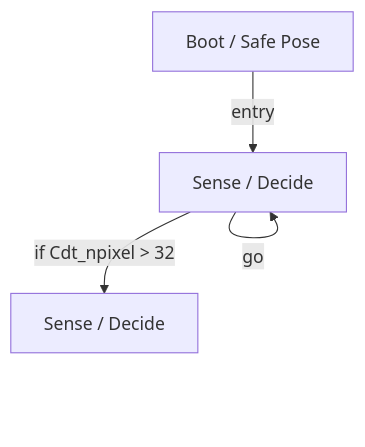
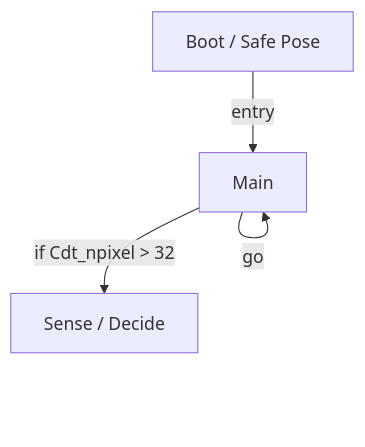
Before and after one commit to cartheur-aibo/aibo-lab: the diagram in src/R-CODE/generated/BallQuit.behavior.md, drawn with Mermaid. The commit also changed other lines of this file and 143 other files, not shown here.

````diff
--- a/src/R-CODE/generated/BallQuit.behavior.md
+++ b/src/R-CODE/generated/BallQuit.behavior.md
@@ -39,9 +40,9 @@
 ```mermaid
 flowchart TD
     S_INIT["Boot / Safe Pose"]
-    S_100["Sense / Decide"]
+    S_100["Main"]
     S_1000["Sense / Decide"]
     S_INIT -->|entry| S_100
     S_100 -->|if Cdt_npixel > 32| S_1000
     S_100 -->|go| S_100
 ```
````
